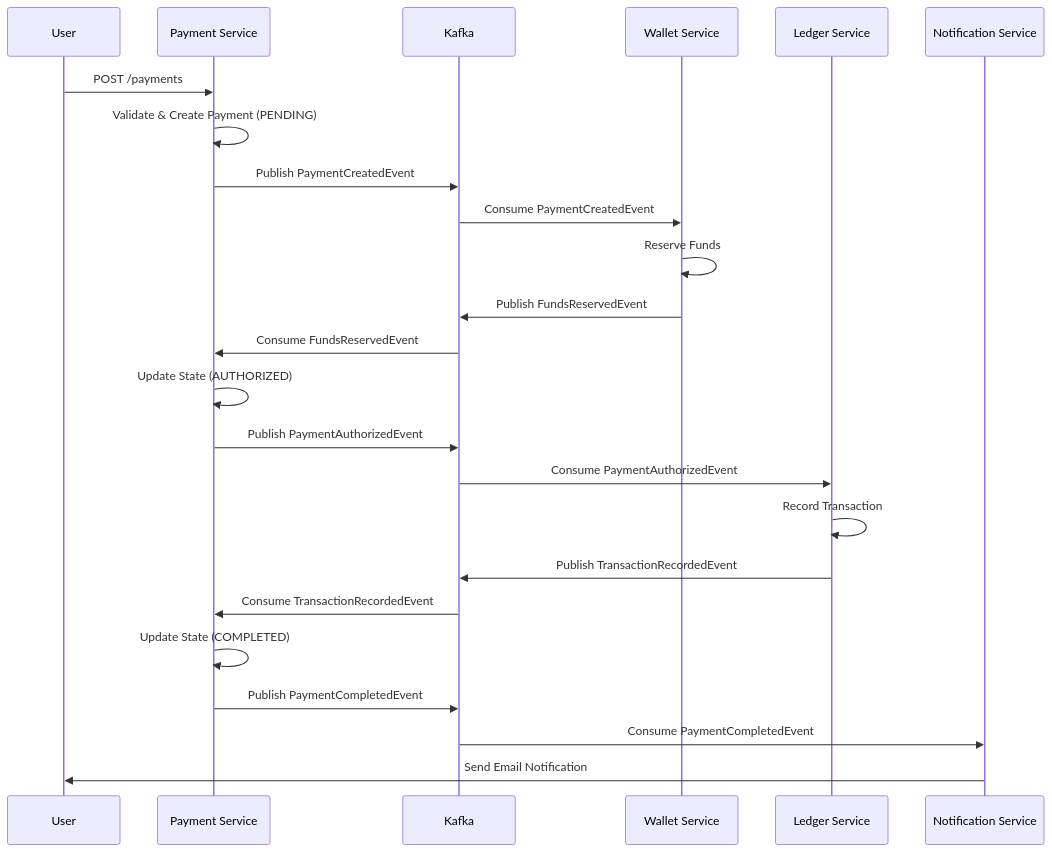
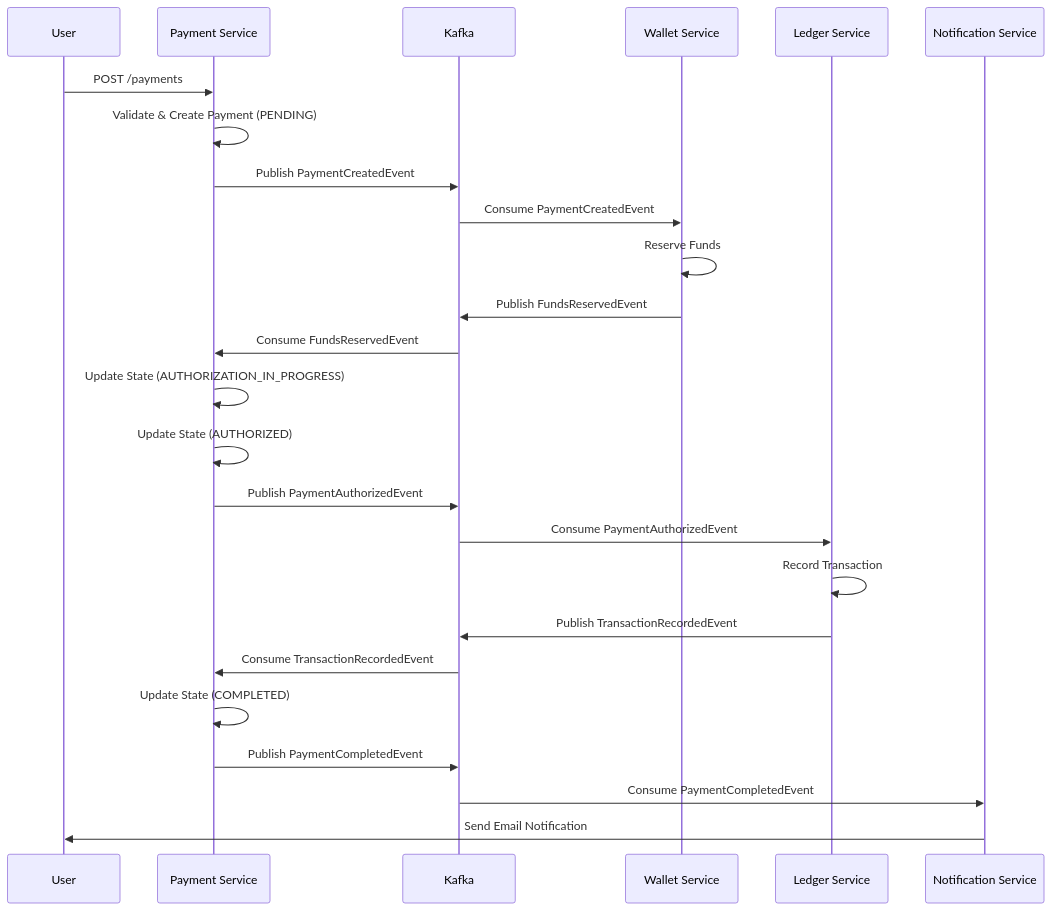
One commit to DillenLim/event-driven-payments changed the diagram in architecture.md. Above: the diagram before and after it, drawn with Mermaid. The commit also changed 1 other file, not shown here.

Commit message:
Update architecture diagram and add testing instructions to README

````diff
--- a/architecture.md
+++ b/architecture.md
@@ -17,27 +17,28 @@
 ```mermaid
 sequenceDiagram
     participant U as User
     participant P as Payment Service
     participant K as Kafka
     participant W as Wallet Service
     participant L as Ledger Service
     participant N as Notification Service
 
     U->>P: POST /payments
     P->>P: Validate & Create Payment (PENDING)
     P->>K: Publish PaymentCreatedEvent
     K->>W: Consume PaymentCreatedEvent
     W->>W: Reserve Funds
     W->>K: Publish FundsReservedEvent
     K->>P: Consume FundsReservedEvent
+    P->>P: Update State (AUTHORIZATION_IN_PROGRESS)
     P->>P: Update State (AUTHORIZED)
     P->>K: Publish PaymentAuthorizedEvent
     K->>L: Consume PaymentAuthorizedEvent
     L->>L: Record Transaction
     L->>K: Publish TransactionRecordedEvent
     K->>P: Consume TransactionRecordedEvent
     P->>P: Update State (COMPLETED)
     P->>K: Publish PaymentCompletedEvent
     K->>N: Consume PaymentCompletedEvent
     N->>U: Send Email Notification
 ```
````
